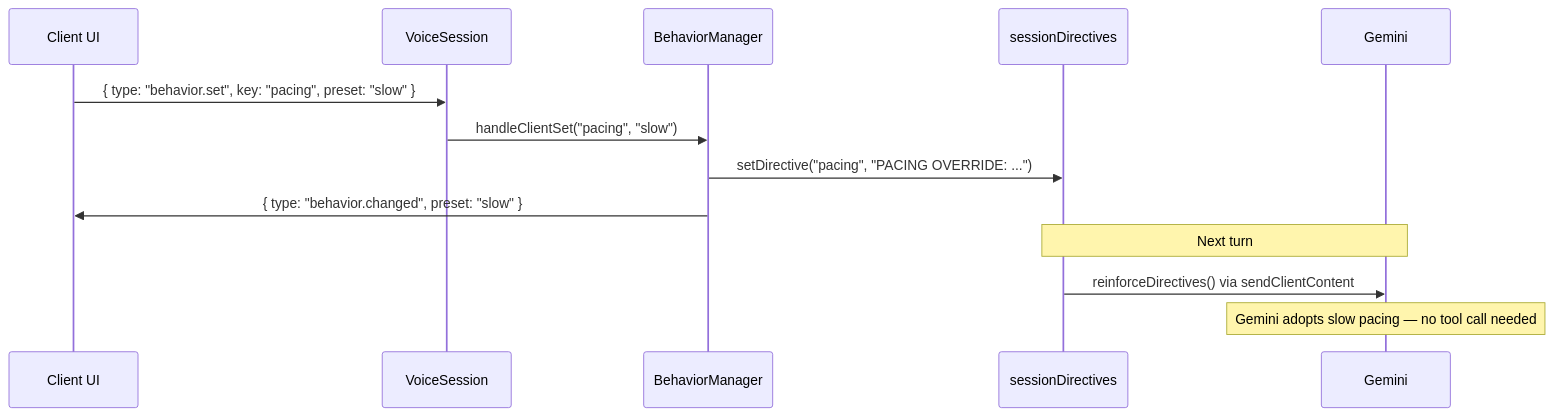
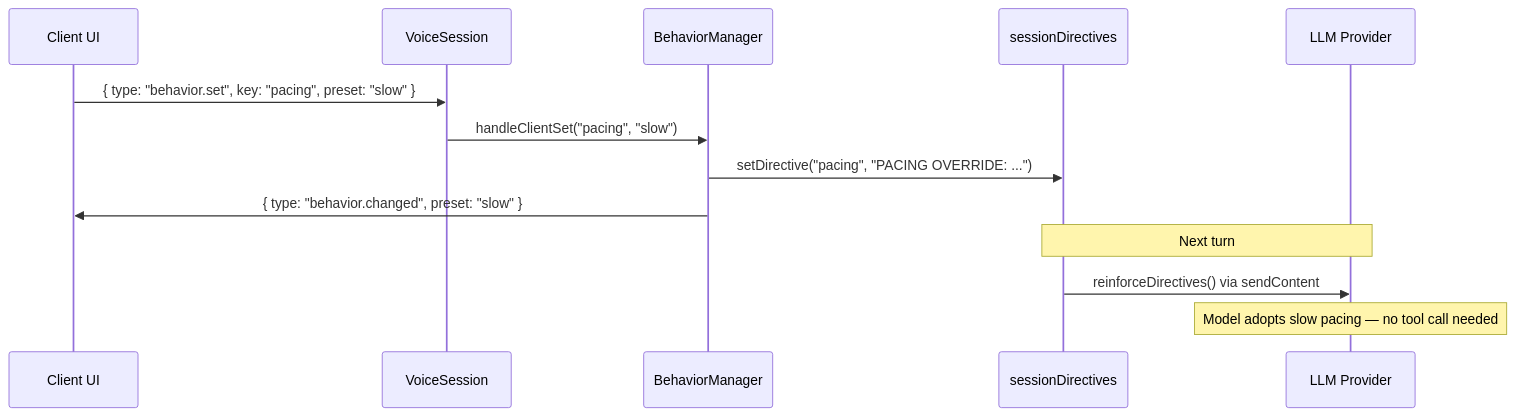
Before and after one commit to randombet/bodhi_realtime_agent: the third of 4 diagrams in docs/guide/behaviors.md, drawn with Mermaid. The commit also changed other lines of this file and 15 other files, not shown here.

First line of the commit message:
docs: update all docs for LLM transport decoupling (multi-provider support)

````diff
--- a/docs/guide/behaviors.md
+++ b/docs/guide/behaviors.md
@@ -88,17 +88,17 @@
 ```mermaid
 sequenceDiagram
     participant Client as Client UI
     participant VoiceSession
     participant BehaviorManager
     participant Directives as sessionDirectives
-    participant Gemini
+    participant LLM as LLM Provider
 
     Client->>VoiceSession: { type: "behavior.set", key: "pacing", preset: "slow" }
     VoiceSession->>BehaviorManager: handleClientSet("pacing", "slow")
     BehaviorManager->>Directives: setDirective("pacing", "PACING OVERRIDE: ...")
     BehaviorManager->>Client: { type: "behavior.changed", preset: "slow" }
 
-    Note over Directives,Gemini: Next turn
-    Directives->>Gemini: reinforceDirectives() via sendClientContent
-    Note over Gemini: Gemini adopts slow pacing — no tool call needed
+    Note over Directives,LLM: Next turn
+    Directives->>LLM: reinforceDirectives() via sendContent
+    Note over LLM: Model adopts slow pacing — no tool call needed
 ```
````
